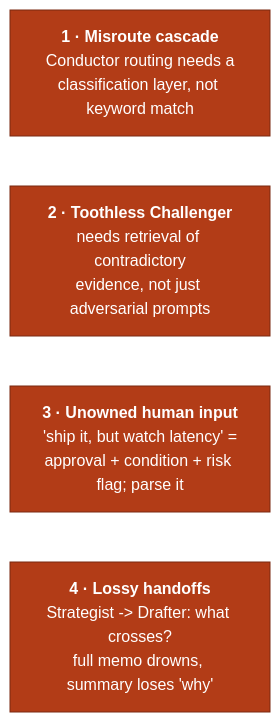
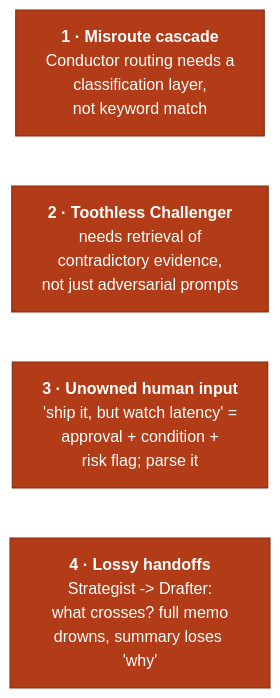
Before and after one commit to jesscancode/ai-product-framework: the seventh of 9 diagrams in README.md, drawn with Mermaid. The commit also changed other lines of this file, not shown here.

````diff
--- a/README.md
+++ b/README.md
@@ -400,8 +405,8 @@
 ```mermaid
 flowchart LR
-    g1["<b>1 · Misroute cascade</b><br/>Conductor routing needs a<br/>classification layer, not keyword match"]:::bnd
-    g2["<b>2 · Toothless Challenger</b><br/>needs retrieval of contradictory<br/>evidence, not just adversarial prompts"]:::bnd
-    g3["<b>3 · Unowned human input</b><br/>'ship it, but watch latency' =<br/>approval + condition + risk flag; parse it"]:::bnd
-    g4["<b>4 · Lossy handoffs</b><br/>Strategist -> Drafter: what crosses?<br/>full memo drowns, summary loses 'why'"]:::bnd
+    g1["<b>1 · Misroute cascade</b><br/>Conductor routing needs a<br/>classification layer,<br/>not keyword match"]:::bnd
+    g2["<b>2 · Toothless Challenger</b><br/>needs retrieval of<br/>contradictory evidence,<br/>not just adversarial prompts"]:::bnd
+    g3["<b>3 · Unowned human input</b><br/>'ship it, but watch latency' =<br/>approval + condition +<br/>risk flag; parse it"]:::bnd
+    g4["<b>4 · Lossy handoffs</b><br/>Strategist -> Drafter:<br/>what crosses? full memo<br/>drowns, summary loses 'why'"]:::bnd
     classDef bnd fill:#b23c17,stroke:#7a2810,color:#ffffff;
 ```
````
